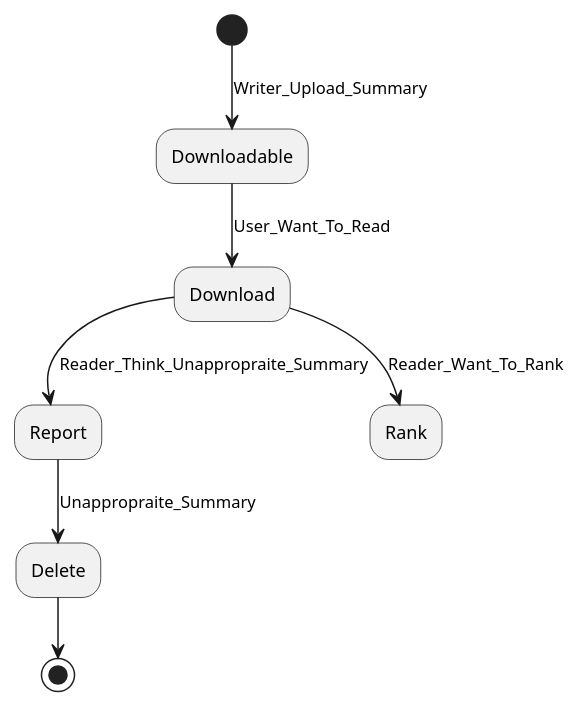
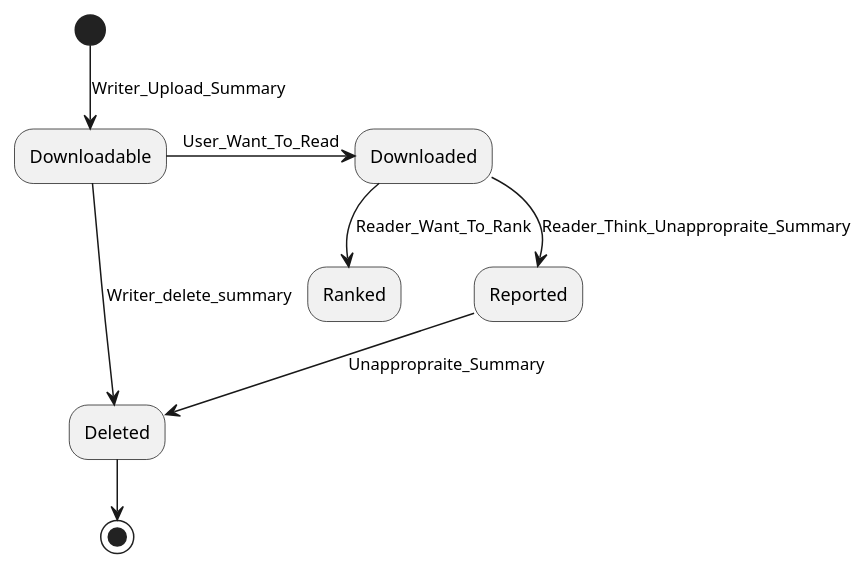
One commit to boaz30333/Hamesakem--Android-app changed the diagram in app/UML/State Machine.puml. Above: the diagram before and after it, drawn with PlantUML. The commit also changed 2 other files, not shown here.

Commit message:
Update slides and diagrams

```diff
--- a/app/UML/State Machine.puml
+++ b/app/UML/State Machine.puml
@@ -1,8 +1,9 @@
 @startuml
 (*)  -->[Writer_Upload_Summary] "Downloadable"
-"Downloadable"--> [User_Want_To_Read]"Download"
---> [Reader_Think_Unappropraite_Summary] "Report"
-"Report"-->[Unappropraite_Summary] "Delete"
+"Downloadable"-> [User_Want_To_Read]"Downloaded"
+--> [Reader_Think_Unappropraite_Summary] "Reported"
+"Reported"-->[Unappropraite_Summary] "Deleted"
+"Downloadable"->[Writer_delete_summary] "Deleted"
 -->(*)
-"Download" -->[Reader_Want_To_Rank] "Rank"
+"Downloaded" -->[Reader_Want_To_Rank] "Ranked"
 @enduml
```
